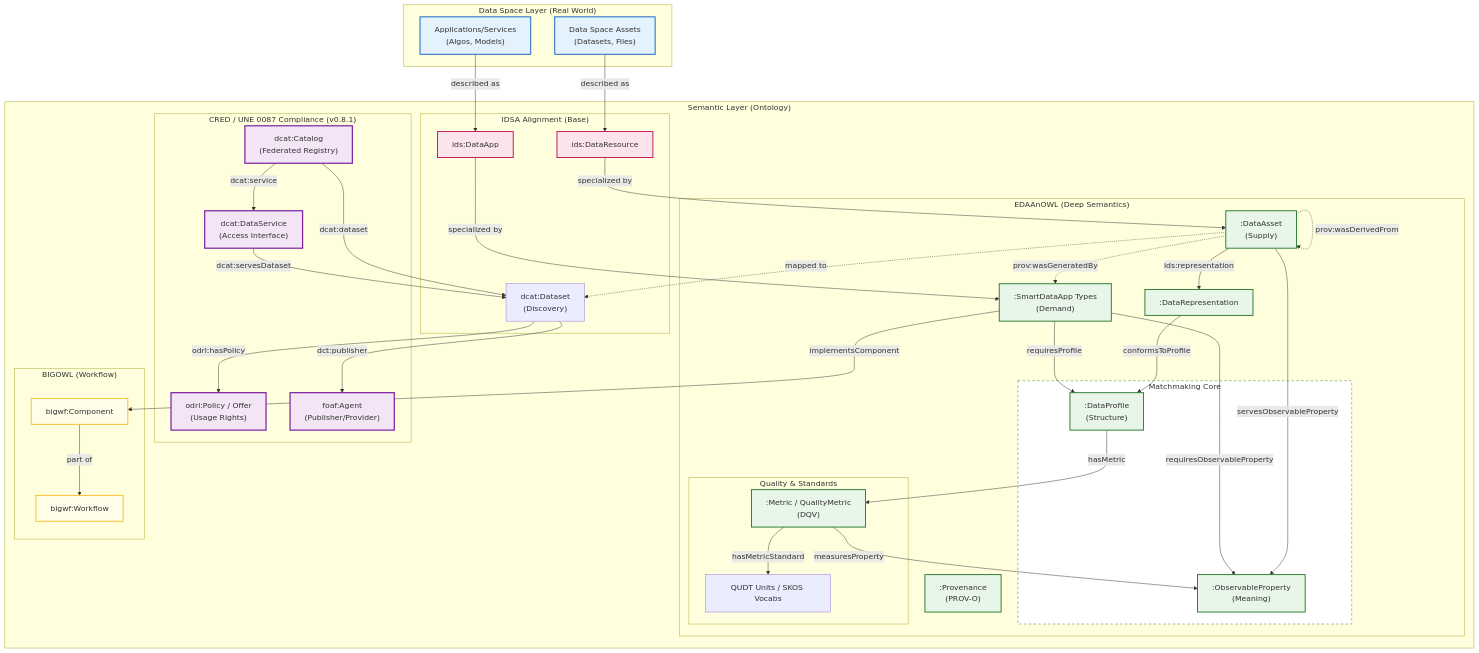
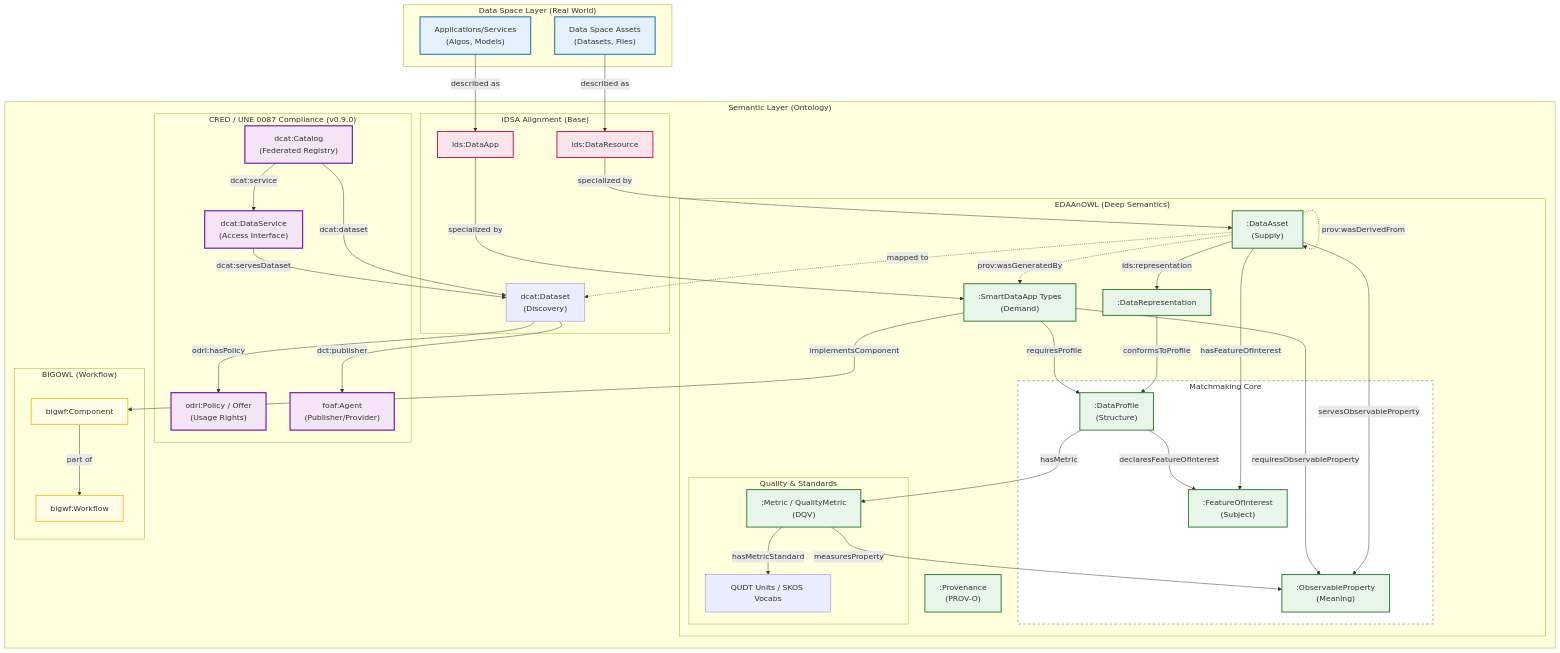
One commit to KhaosResearch/EDAAnOWL changed the diagram in docs/ARCHITECTURE.md. Above: the diagram before and after it, drawn with Mermaid. The commit also changed other lines of this file and 19 other files, not shown here.

First line of the commit message:
feat!: incorporate Feature of Interest (SOSA/SSN) and release v0.9.0

```diff
--- a/docs/ARCHITECTURE.md
+++ b/docs/ARCHITECTURE.md
@@ -8,7 +8,7 @@
     end
 
     subgraph Semantic ["Semantic Layer (Ontology)"]
-        subgraph CRED ["CRED / UNE 0087 Compliance (v0.8.1)"]
+        subgraph CRED ["CRED / UNE 0087 Compliance (v0.9.0)"]
             CAT["dcat:Catalog<br/>(Federated Registry)"]
             SRV["dcat:DataService<br/>(Access Interface)"]
             POL["odrl:Policy / Offer<br/>(Usage Rights)"]
@@ -28,6 +28,7 @@
             subgraph Matchmaking ["Matchmaking Core"]
                 Prof[":DataProfile<br/>(Structure)"]
                 OP[":ObservableProperty<br/>(Meaning)"]
+                FOI[":FeatureOfInterest<br/>(Subject)"]
             end
             
             subgraph QualityStandard ["Quality & Standards"]
@@ -61,11 +62,13 @@
     DA_IDSA -->|"specialized by"| Apps
     
     DA -- "servesObservableProperty" --> OP
+    DA -- "hasFeatureOfInterest" --> FOI
     Apps -- "requiresObservableProperty" --> OP
     
     DA -- "ids:representation" --> Repr
     Repr -- "conformsToProfile" --> Prof
     Apps -- "requiresProfile" --> Prof
+    Prof -- "declaresFeatureOfInterest" --> FOI
 
     Prof -- "hasMetric" --> Met
     Met -- "hasMetricStandard" --> QUDT
@@ -87,7 +90,7 @@
 
     class DS,AP space
     class DR_IDSA,DA_IDSA idsa
-    class DA,Repr,Apps,Prof,OP,Met,Prov_O edaan
+    class DA,Repr,Apps,Prof,OP,FOI,Met,Prov_O edaan
     class WF,Comp bigowl
     class CAT,SRV,POL,AGN cred
     class Matchmaking,QualityProv core
```
